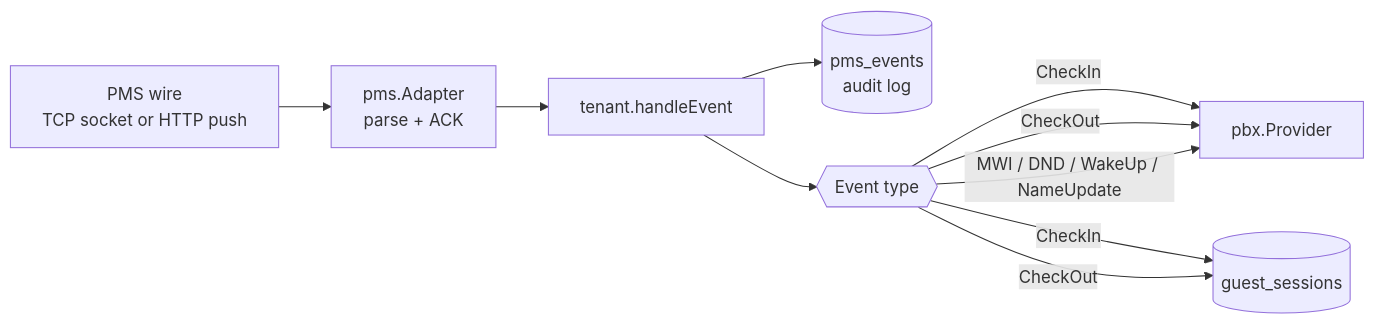
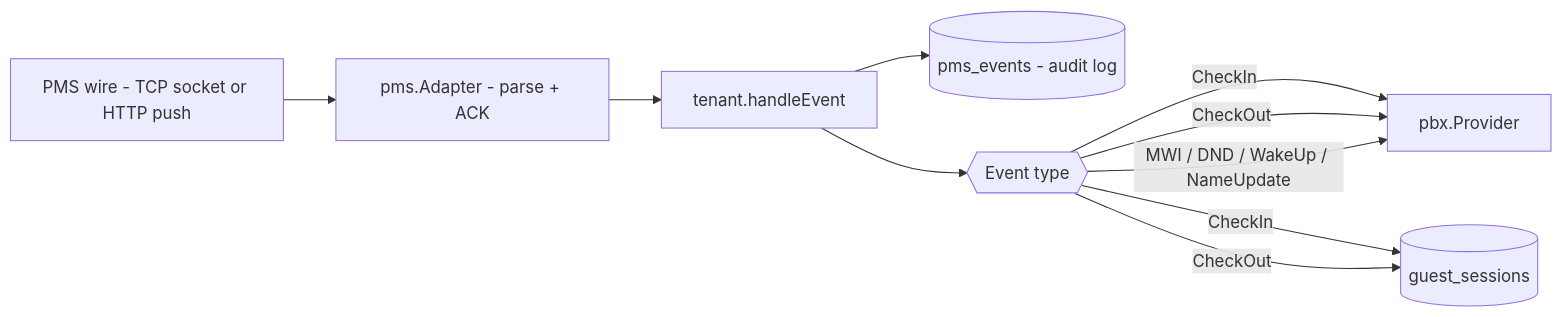
Before and after one commit to sagostin/pbx-hospitality: the second of 12 diagrams in docs/DATA-FLOW.md, drawn with Mermaid. The commit also changed other lines of this file and 4 other files, not shown here.

First line of the commit message:
docs(mermaid): fix all 28 mermaid diagrams to render reliably

````diff
--- a/docs/DATA-FLOW.md
+++ b/docs/DATA-FLOW.md
@@ -59,20 +65,20 @@
 ```mermaid
 flowchart LR
-    P[PMS wire<br/>TCP socket or HTTP push]
-    A[pms.Adapter<br/>parse + ACK]
-    TM[tenant.handleEvent]
-    DB[(pms_events<br/>audit log)]
+    P["PMS wire - TCP socket or HTTP push"]
+    A["pms.Adapter - parse + ACK"]
+    TM["tenant.handleEvent"]
+    DB[("pms_events - audit log")]
     H{{Event type}}
-    PBX[pbx.Provider]
-    GS[(guest_sessions)]
+    PBX["pbx.Provider"]
+    GS[("guest_sessions")]
 
     P --> A
     A --> TM
     TM --> DB
     TM --> H
     H -- "CheckIn" --> PBX
     H -- "CheckIn" --> GS
     H -- "CheckOut" --> PBX
     H -- "CheckOut" --> GS
     H -- "MWI / DND / WakeUp / NameUpdate" --> PBX
 ```
````
